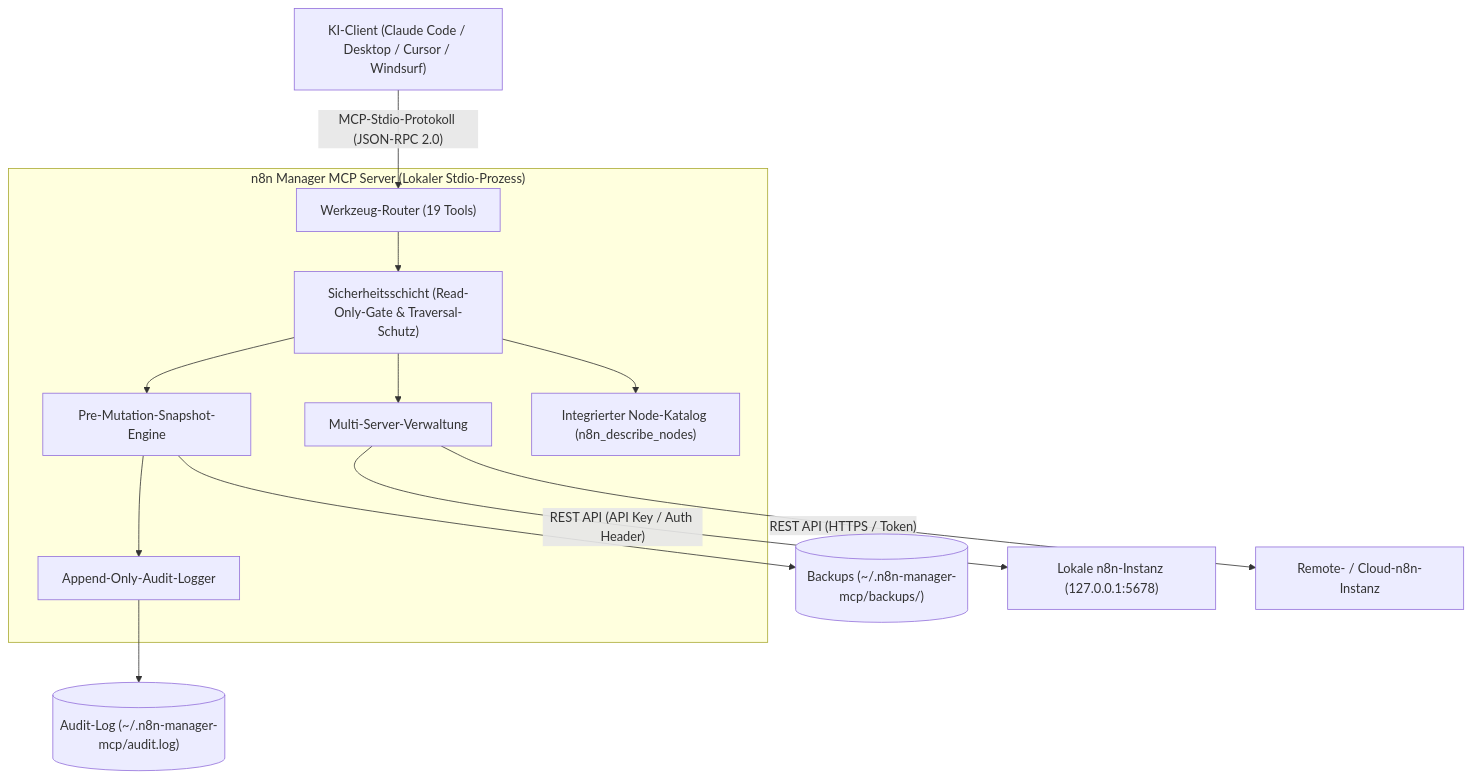
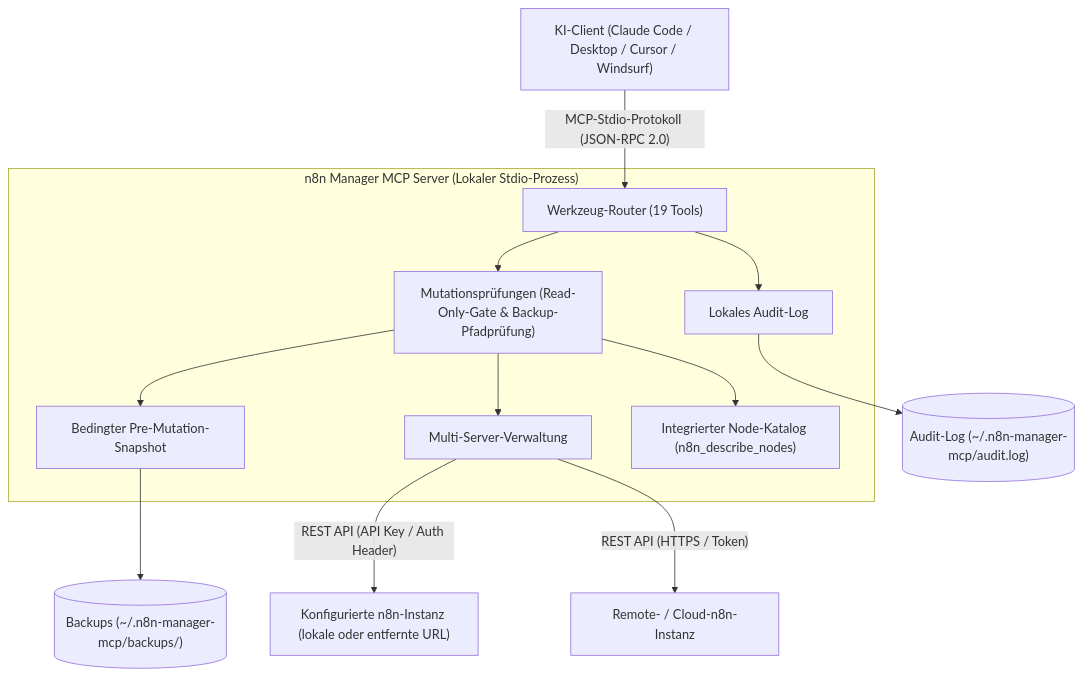
One commit to ellmos-ai/n8n-manager-mcp changed the first of 3 diagrams in README_de.md. Above: the diagram before and after it, drawn with Mermaid. The commit also changed other lines of this file and 6 other files, not shown here.

````diff
--- a/README_de.md
+++ b/README_de.md
@@ -120,15 +120,15 @@
 ```mermaid
 flowchart TD
     Client["KI-Client (Claude Code / Desktop / Cursor / Windsurf)"] -->|"MCP-Stdio-Protokoll (JSON-RPC 2.0)"| Router["Werkzeug-Router (19 Tools)"]
     subgraph MCPServer["n8n Manager MCP Server (Lokaler Stdio-Prozess)"]
-        Router --> Safety["Sicherheitsschicht (Read-Only-Gate & Traversal-Schutz)"]
-        Safety --> Backup["Pre-Mutation-Snapshot-Engine"]
+        Router --> Safety["Mutationsprüfungen (Read-Only-Gate & Backup-Pfadprüfung)"]
+        Safety --> Backup["Bedingter Pre-Mutation-Snapshot"]
         Safety --> MultiServer["Multi-Server-Verwaltung"]
         Safety --> Catalog["Integrierter Node-Katalog (n8n_describe_nodes)"]
-        Backup --> Audit["Append-Only-Audit-Logger"]
+        Router --> Audit["Lokales Audit-Log"]
     end
-    MultiServer -->|"REST API (API Key / Auth Header)"| LocalInst["Lokale n8n-Instanz (127.0.0.1:5678)"]
+    MultiServer -->|"REST API (API Key / Auth Header)"| LocalInst["Konfigurierte n8n-Instanz (lokale oder entfernte URL)"]
     MultiServer -->|"REST API (HTTPS / Token)"| CloudInst["Remote- / Cloud-n8n-Instanz"]
     Backup --> BackupFS[("Backups (~/.n8n-manager-mcp/backups/)")]
     Audit --> AuditFS[("Audit-Log (~/.n8n-manager-mcp/audit.log)")]
 ```
````
